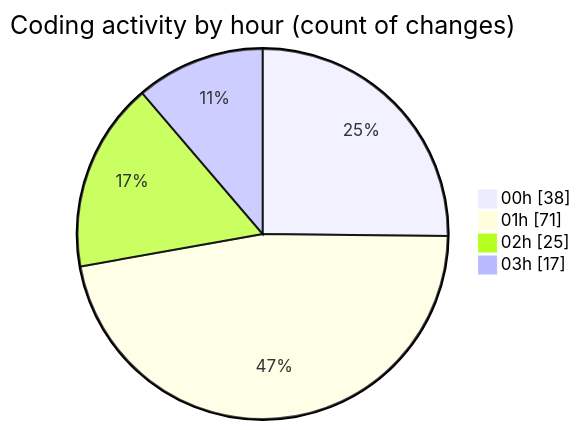
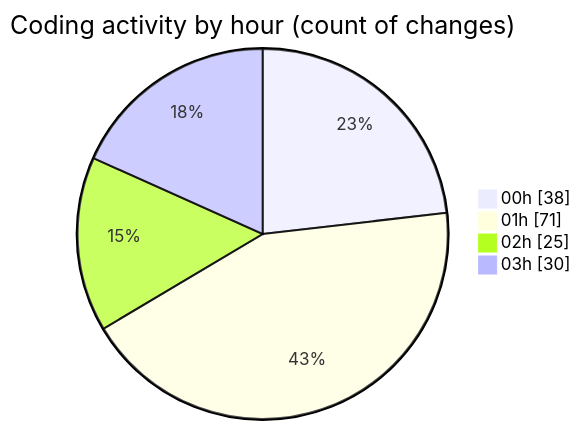
Before and after one commit to lephambinh05/code-tracking: the second of 2 diagrams in 2025-07-27/quanlyrapchieuphim-1/README.md, drawn with Mermaid. The commit also changed other lines of this file and 1 other file, not shown here.

````diff
--- a/2025-07-27/quanlyrapchieuphim-1/README.md
+++ b/2025-07-27/quanlyrapchieuphim-1/README.md
@@ -68,8 +69,8 @@
 ```mermaid
 pie showData
 title Coding activity by hour (count of changes)
 "00h" : 38
 "01h" : 71
 "02h" : 25
-"03h" : 17
+"03h" : 30
 ```
````
